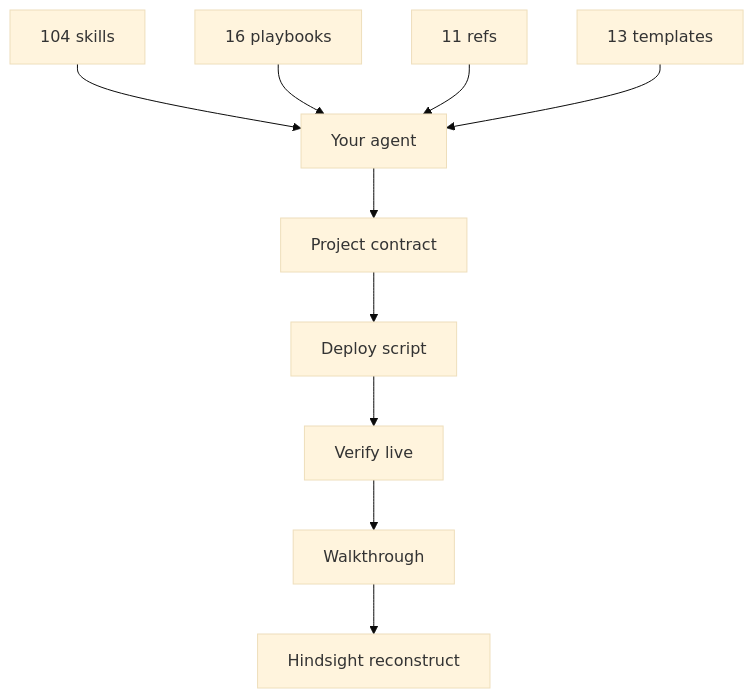
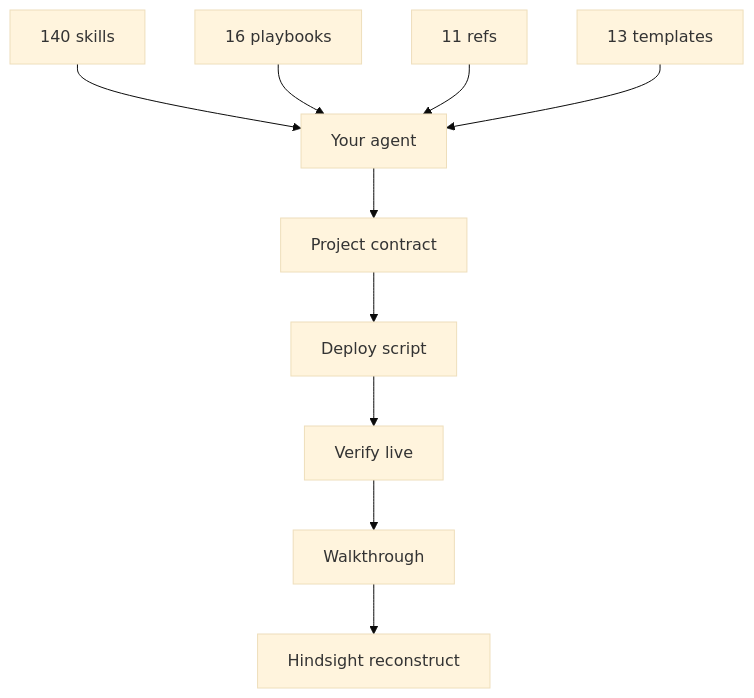
One commit to Nonarkara/dr-non-vibecoding-skills changed the third of 3 diagrams in README.md. Above: the diagram before and after it, drawn with Mermaid (base theme). The commit also changed other lines of this file and 47 other files, not shown here.

````diff
--- a/README.md
+++ b/README.md
@@ -391,12 +391,12 @@
 ```mermaid
 flowchart TB
-  S["104 skills"] --> A["Your agent"]
+  S["140 skills"] --> A["Your agent"]
   P["16 playbooks"] --> A
   R["11 refs"] --> A
   T["13 templates"] --> A
   A --> W["Project contract"]
   W --> D["Deploy script"]
   D --> V["Verify live"]
   V --> H["Walkthrough"]
   H --> L["Hindsight reconstruct"]
 ```
````
